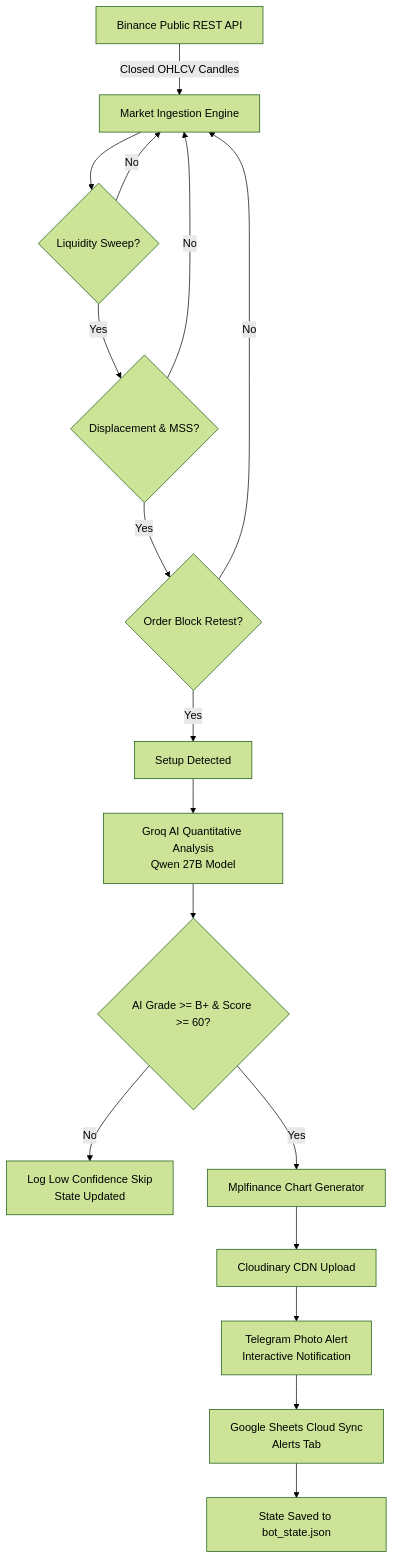
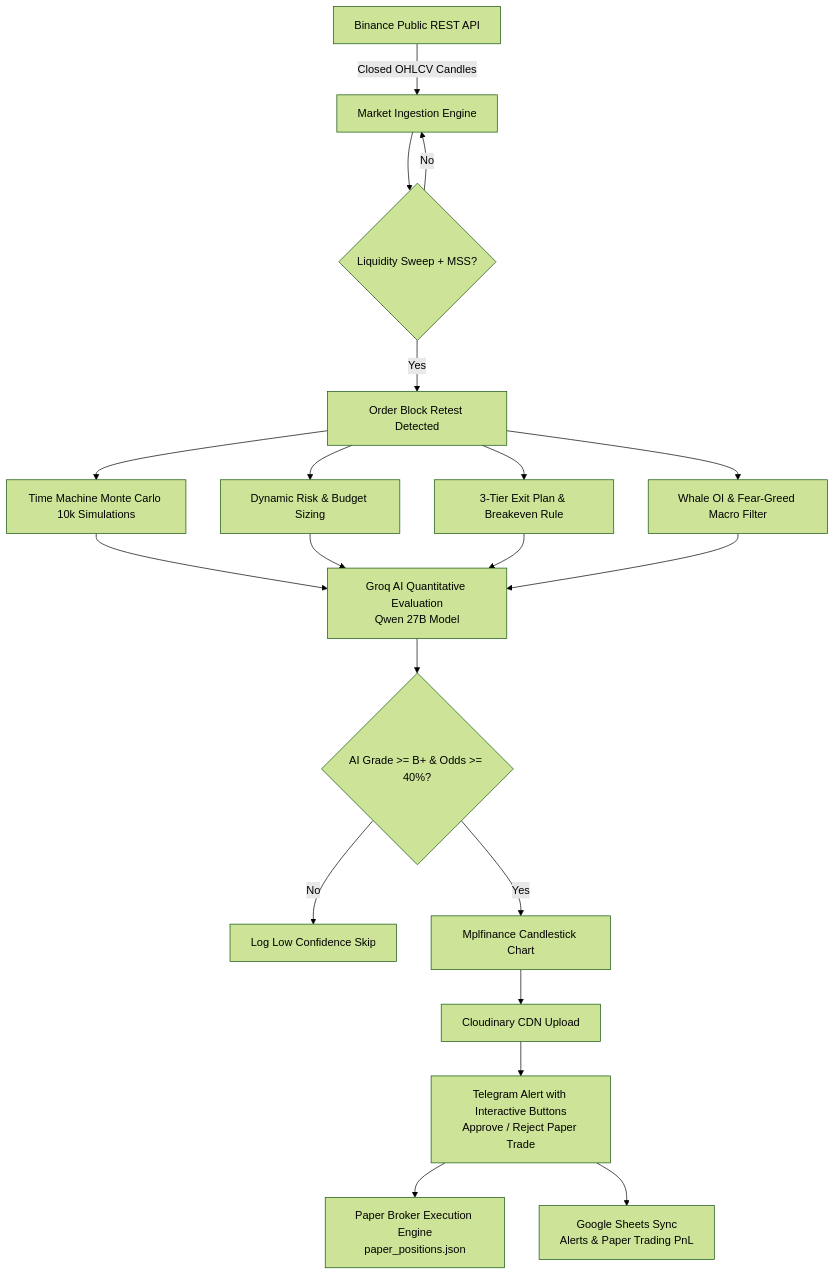
Before and after one commit to amit-programmer/trade: the diagram in README.md, drawn with Mermaid (forest theme). The commit also changed other lines of this file and 19 other files, not shown here.

````diff
--- a/README.md
+++ b/README.md
@@ -90,21 +90,22 @@
 ```mermaid
 flowchart TD
     A[Binance Public REST API] -->|Closed OHLCV Candles| B[Market Ingestion Engine]
-    B --> C{Liquidity Sweep?}
+    B --> C{Liquidity Sweep + MSS?}
     C -- No --> B
-    C -- Yes --> D{Displacement & MSS?}
-    D -- No --> B
-    D -- Yes --> E{Order Block Retest?}
-    E -- No --> B
-    E -- Yes --> F[Setup Detected]
+    C -- Yes --> D[Order Block Retest Detected]
     
-    F --> G[Groq AI Quantitative Analysis\nQwen 27B Model]
-    G --> H{AI Grade >= B+ & Score >= 60?}
-    H -- No --> I[Log Low Confidence Skip\nState Updated]
-    H -- Yes --> J[Mplfinance Chart Generator]
+    D --> E[Time Machine Monte Carlo 10k Simulations]
+    D --> F[Dynamic Risk & Budget Sizing]
+    D --> G[3-Tier Exit Plan & Breakeven Rule]
+    D --> H[Whale OI & Fear-Greed Macro Filter]
     
-    J --> K[Cloudinary CDN Upload]
-    K --> L[Telegram Photo Alert\nInteractive Notification]
-    L --> M[Google Sheets Cloud Sync\nAlerts Tab]
-    M --> N[State Saved to bot_state.json]
+    E & F & G & H --> I[Groq AI Quantitative Evaluation\nQwen 27B Model]
+    I --> J{AI Grade >= B+ & Odds >= 40%?}
+    J -- No --> K[Log Low Confidence Skip]
+    J -- Yes --> L[Mplfinance Candlestick Chart]
+    
+    L --> M[Cloudinary CDN Upload]
+    M --> N[Telegram Alert with Interactive Buttons\nApprove / Reject Paper Trade]
+    N --> O[Paper Broker Execution Engine\npaper_positions.json]
+    N --> P[Google Sheets Sync\nAlerts & Paper Trading PnL]
 ```
````
